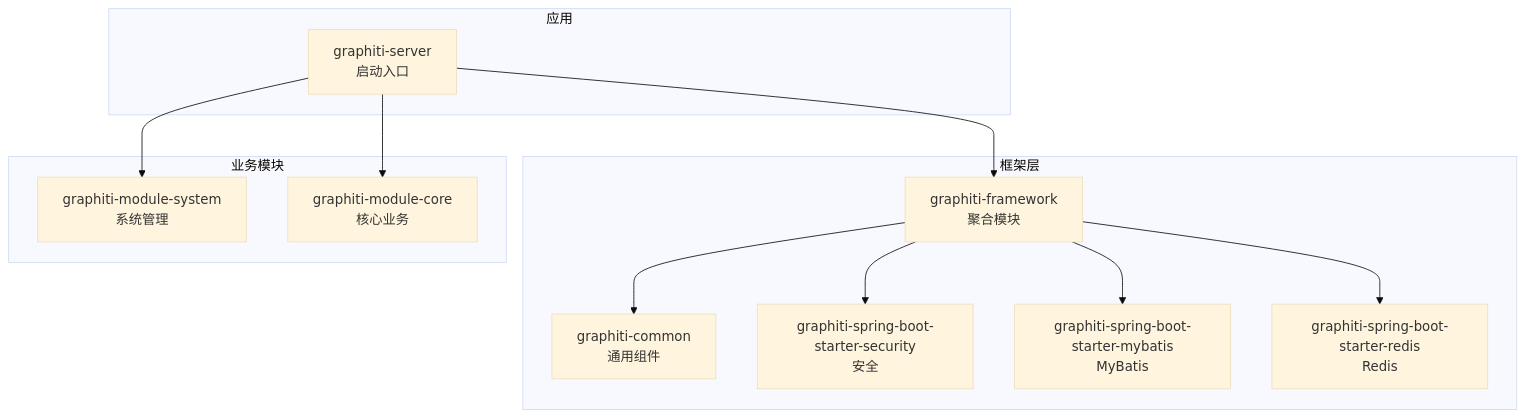
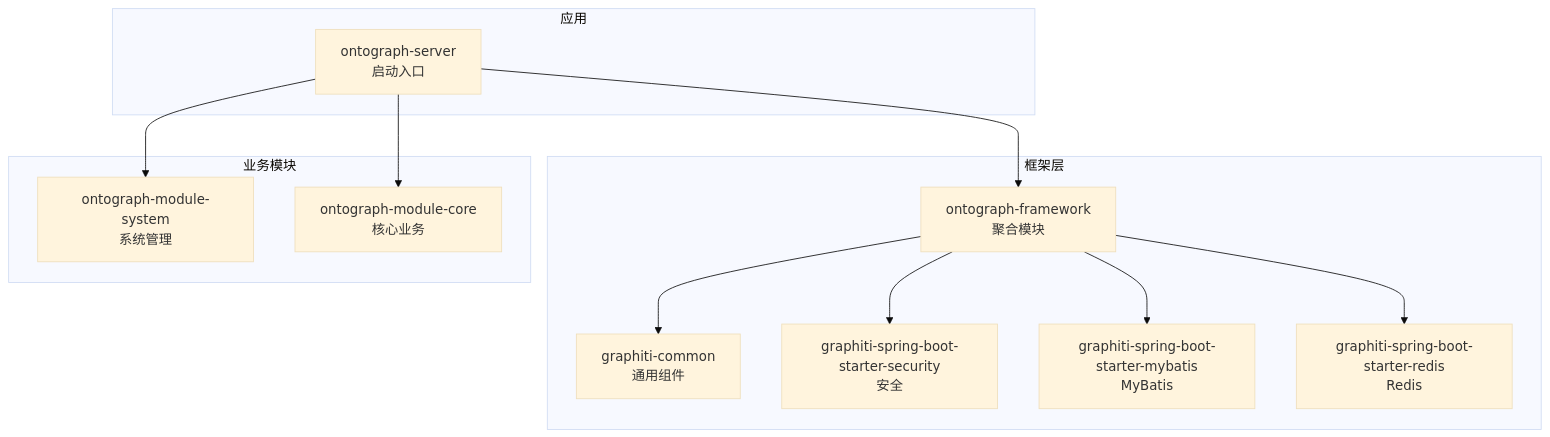
The first of 8 diagrams in docs/manual/架构设计/设计模式.md (joezxh/graphiti-java), drawn with Mermaid (base theme) before and after one commit. The commit also changed other lines of this file and 200 other files, not shown here.

````diff
--- a/docs/manual/架构设计/设计模式.md
+++ b/docs/manual/架构设计/设计模式.md
@@ -65,24 +65,24 @@
 ```mermaid
 graph TB
 subgraph "框架层"
-F1["graphiti-framework<br/>聚合模块"]
+F1["ontograph-framework<br/>聚合模块"]
 F2["graphiti-common<br/>通用组件"]
 F3["graphiti-spring-boot-starter-security<br/>安全"]
 F4["graphiti-spring-boot-starter-mybatis<br/>MyBatis"]
 F5["graphiti-spring-boot-starter-redis<br/>Redis"]
 end
 subgraph "业务模块"
-M1["graphiti-module-system<br/>系统管理"]
-M2["graphiti-module-core<br/>核心业务"]
+M1["ontograph-module-system<br/>系统管理"]
+M2["ontograph-module-core<br/>核心业务"]
 end
 subgraph "应用"
-S["graphiti-server<br/>启动入口"]
+S["ontograph-server<br/>启动入口"]
 end
 F1 --> F2
 F1 --> F3
 F1 --> F4
 F1 --> F5
 S --> F1
 S --> M1
 S --> M2
 ```
````
